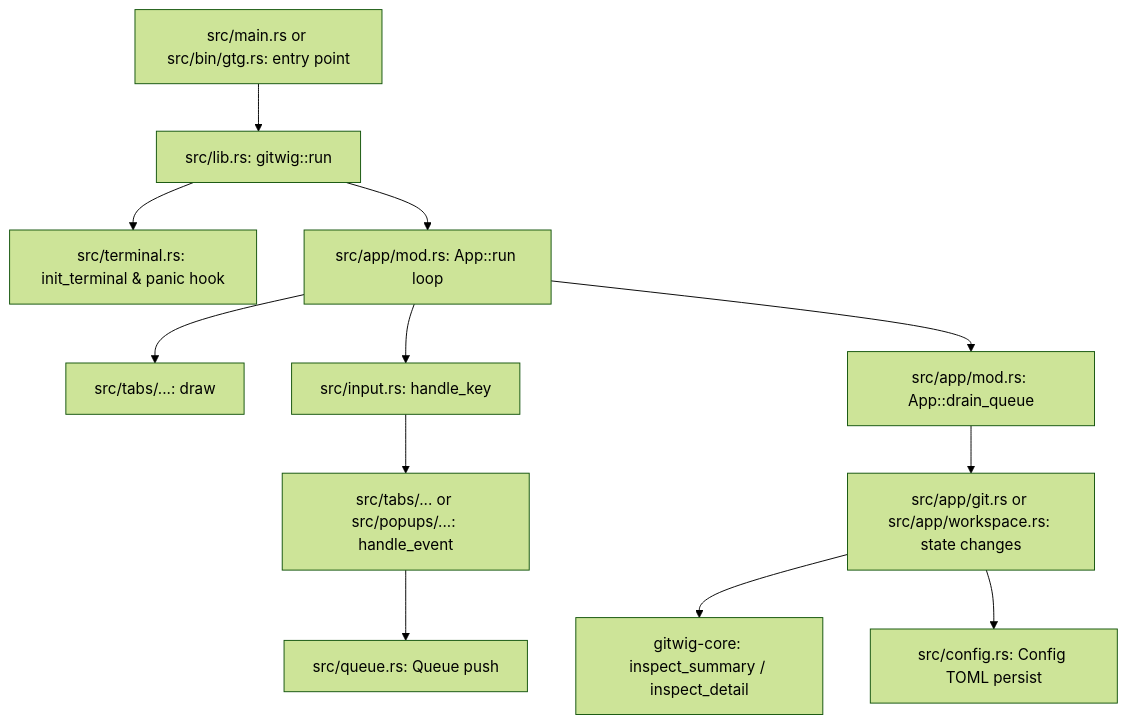
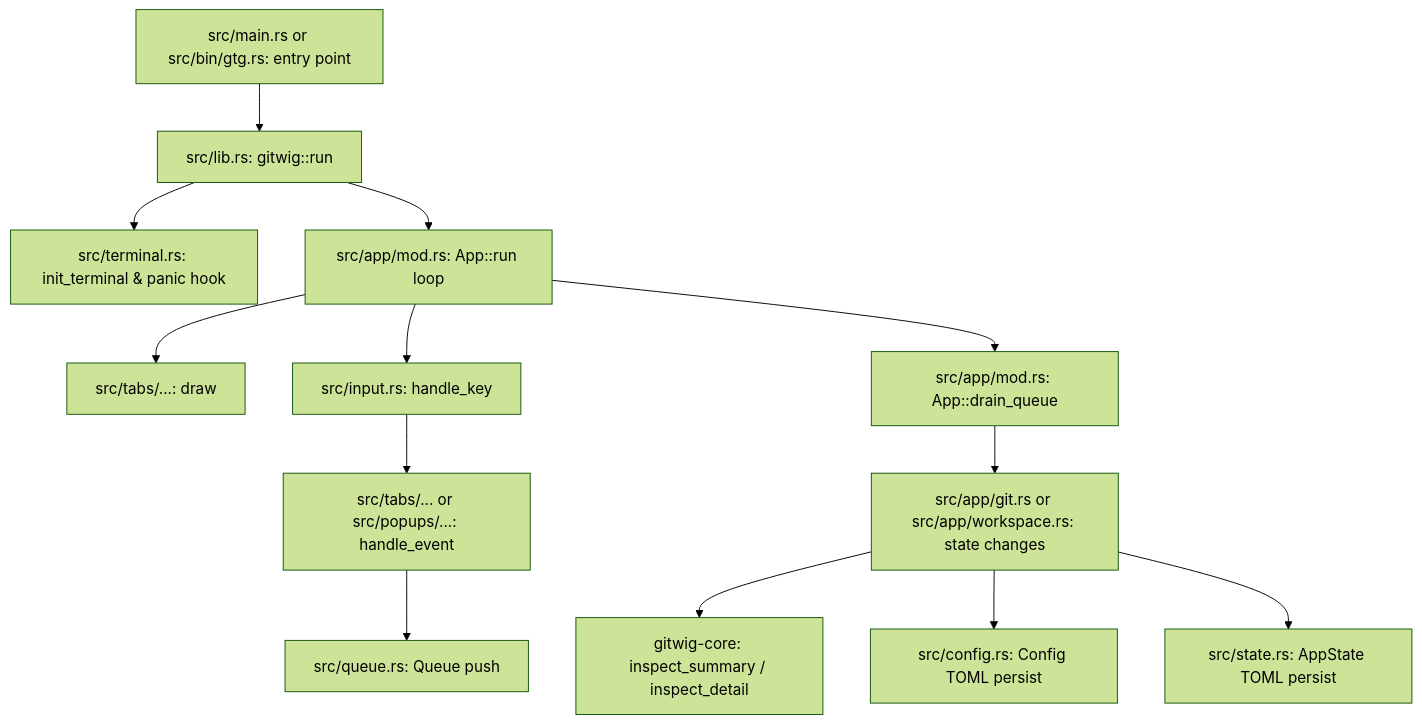
The diagram in .agent/CODEMAP.md (tareqmy/gitwig), drawn with Mermaid (forest theme) before and after one commit. The commit also changed other lines of this file and 18 other files, not shown here.

````diff
--- a/.agent/CODEMAP.md
+++ b/.agent/CODEMAP.md
@@ -11,14 +11,15 @@
 ```mermaid
 graph TD
     main[src/main.rs or src/bin/gtg.rs: entry point] --> lib_run[src/lib.rs: gitwig::run]
     lib_run --> term_init[src/terminal.rs: init_terminal & panic hook]
     lib_run --> app_run[src/app/mod.rs: App::run loop]
     app_run --> render[src/tabs/...: draw]
     app_run --> input[src/input.rs: handle_key]
     input --> event_dispatch[src/tabs/... or src/popups/...: handle_event]
     event_dispatch --> queue[src/queue.rs: Queue push]
     app_run --> drain_queue[src/app/mod.rs: App::drain_queue]
     drain_queue --> state_mutation[src/app/git.rs or src/app/workspace.rs: state changes]
     state_mutation --> core_inspect[gitwig-core: inspect_summary / inspect_detail]
     state_mutation --> config_save[src/config.rs: Config TOML persist]
+    state_mutation --> state_save[src/state.rs: AppState TOML persist]
 ```
````
